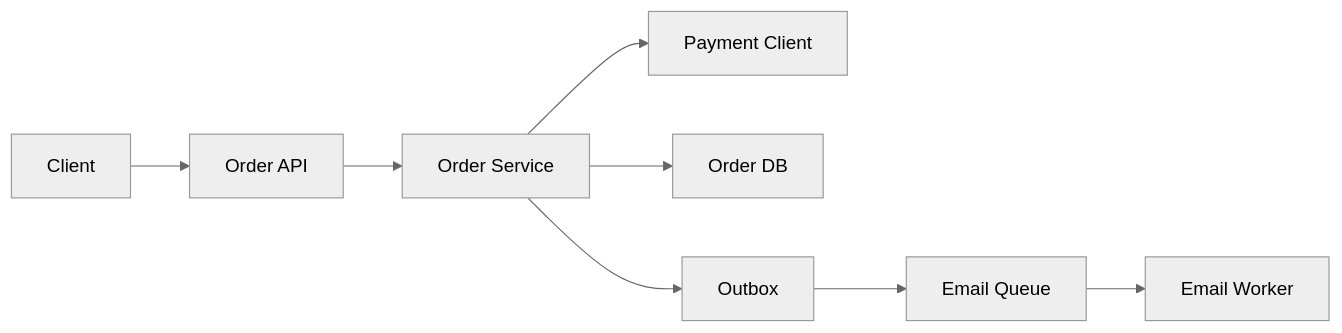
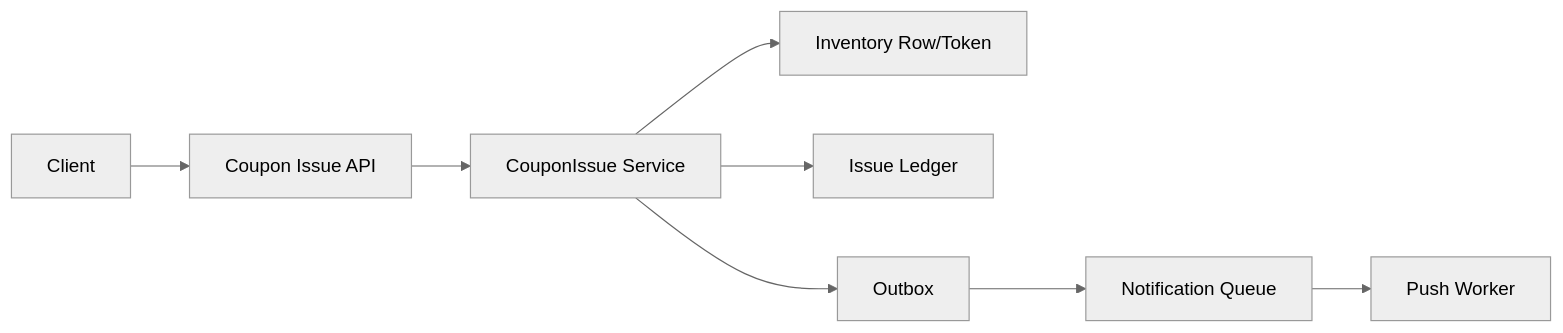
One commit to thisis-joe/thisis-joe.github.io changed the diagram in content/System Design/01. System Design 전체 지도/01. 요구사항에서 구조로 가는 흐름 상세.md. Above: the diagram before and after it, drawn with Mermaid (neutral theme). The commit also changed other lines of this file and 23 other files, not shown here.

````diff
--- a/content/System Design/01. System Design 전체 지도/01. 요구사항에서 구조로 가는 흐름 상세.md
+++ b/content/System Design/01. System Design 전체 지도/01. 요구사항에서 구조로 가는 흐름 상세.md
@@ -78,10 +79,10 @@
 ```mermaid
 flowchart LR
-    C["Client"] --> A["Order API"]
-    A --> S["Order Service"]
-    S --> P["Payment Client"]
-    S --> D["Order DB"]
+    C["Client"] --> A["Coupon Issue API"]
+    A --> S["CouponIssue Service"]
+    S --> I["Inventory Row/Token"]
+    S --> L["Issue Ledger"]
     S --> O["Outbox"]
-    O --> Q["Email Queue"]
-    Q --> E["Email Worker"]
+    O --> Q["Notification Queue"]
+    Q --> W["Push Worker"]
 ```
````
